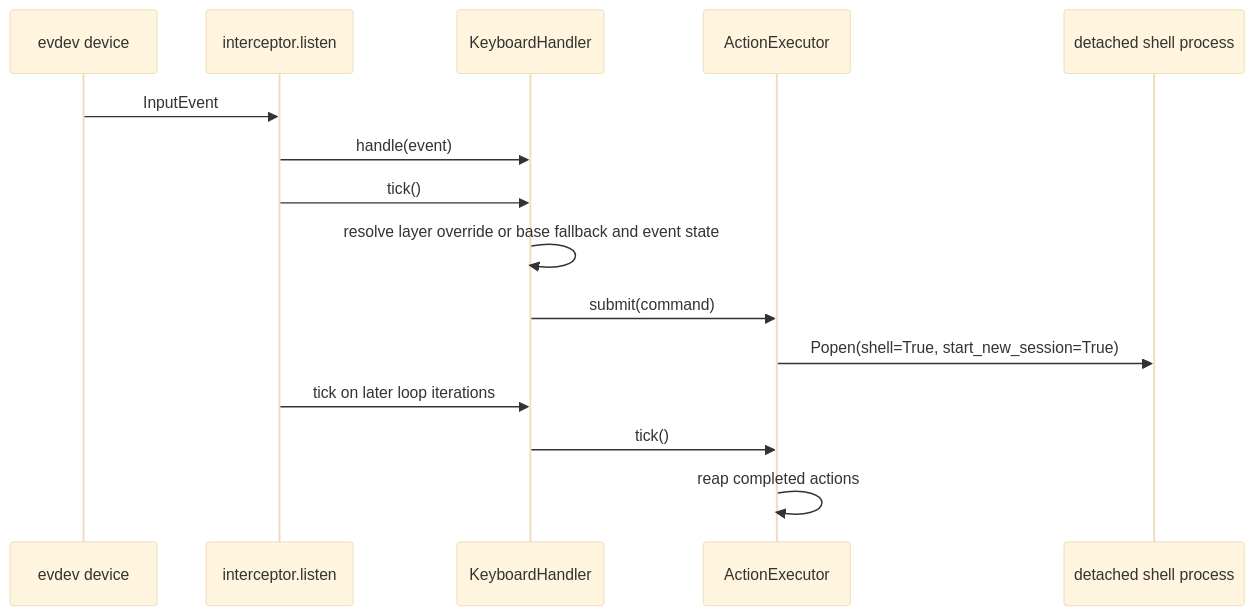
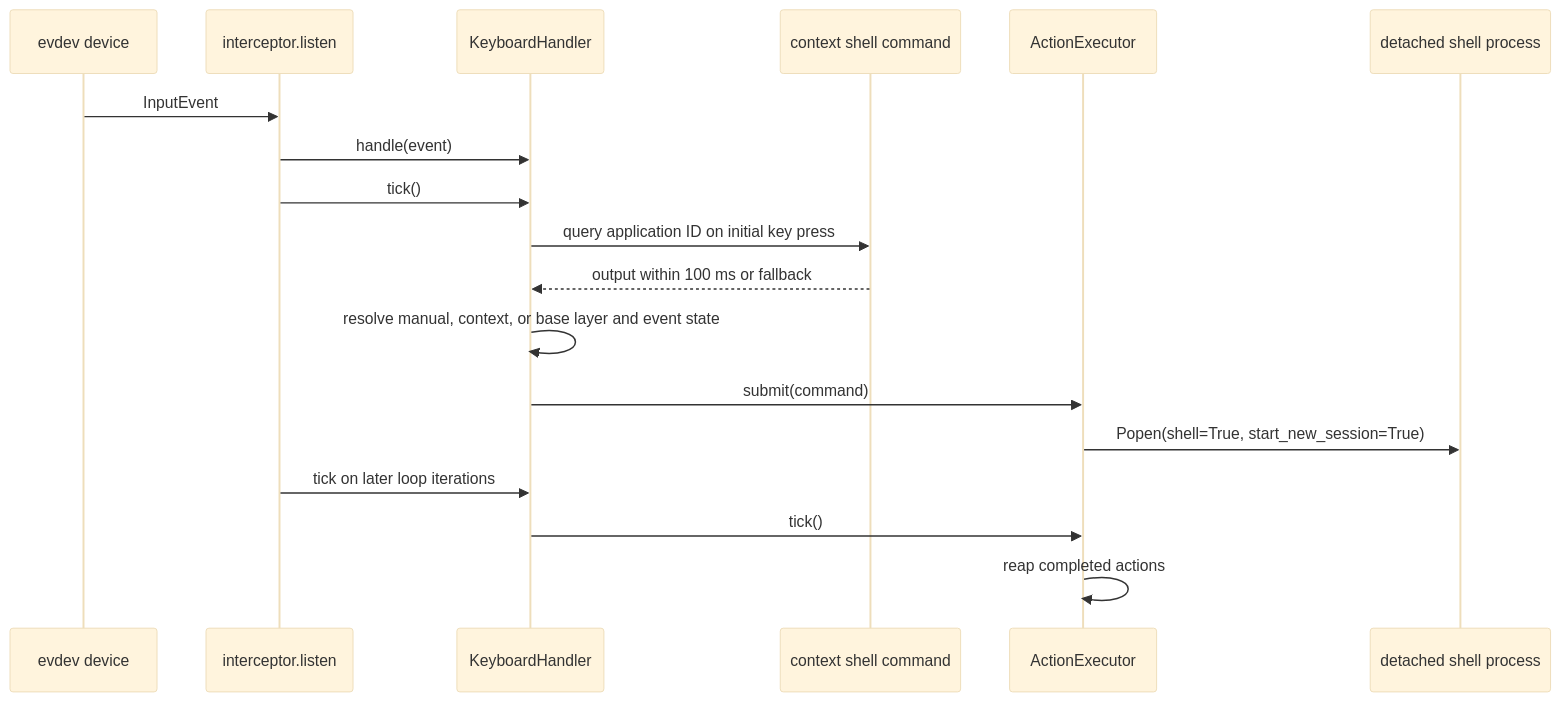
One commit to rafaelglikis/macropad changed the second of 4 diagrams in src/macropad/README.md. Above: the diagram before and after it, drawn with Mermaid (base theme). The commit also changed other lines of this file and 7 other files, not shown here.

Commit message:
Add application context layers

````diff
--- a/src/macropad/README.md
+++ b/src/macropad/README.md
@@ -195,18 +195,21 @@
 ```mermaid
 sequenceDiagram
     participant Device as evdev device
     participant Interceptor as interceptor.listen
     participant Handler as KeyboardHandler
+    participant Context as context shell command
     participant Executor as ActionExecutor
     participant Shell as detached shell process
 
     Device->>Interceptor: InputEvent
     Interceptor->>Handler: handle(event)
     Interceptor->>Handler: tick()
-    Handler->>Handler: resolve layer override or base fallback and event state
+    Handler->>Context: query application ID on initial key press
+    Context-->>Handler: output within 100 ms or fallback
+    Handler->>Handler: resolve manual, context, or base layer and event state
     Handler->>Executor: submit(command)
     Executor->>Shell: Popen(shell=True, start_new_session=True)
     Interceptor->>Handler: tick on later loop iterations
     Handler->>Executor: tick()
     Executor->>Executor: reap completed actions
 ```
````
